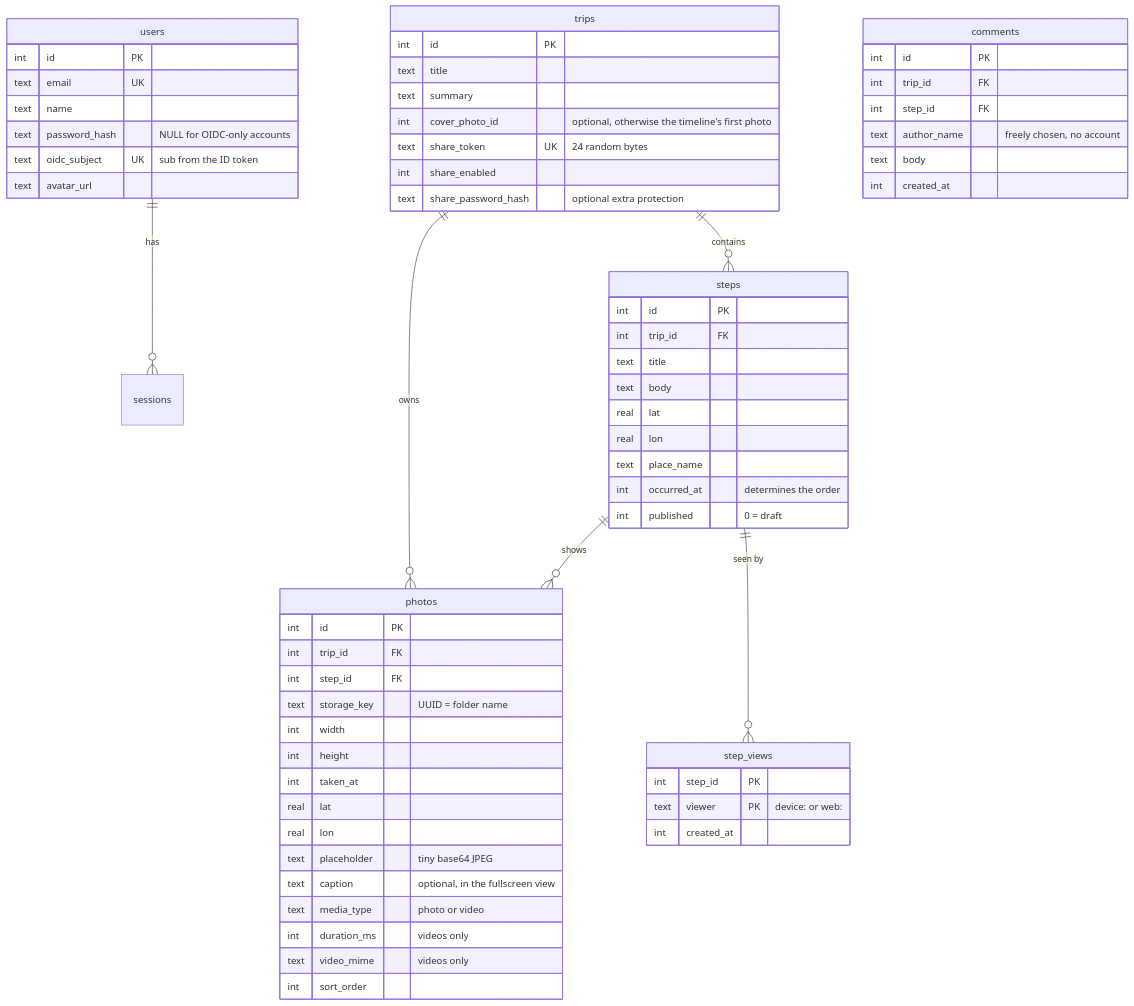
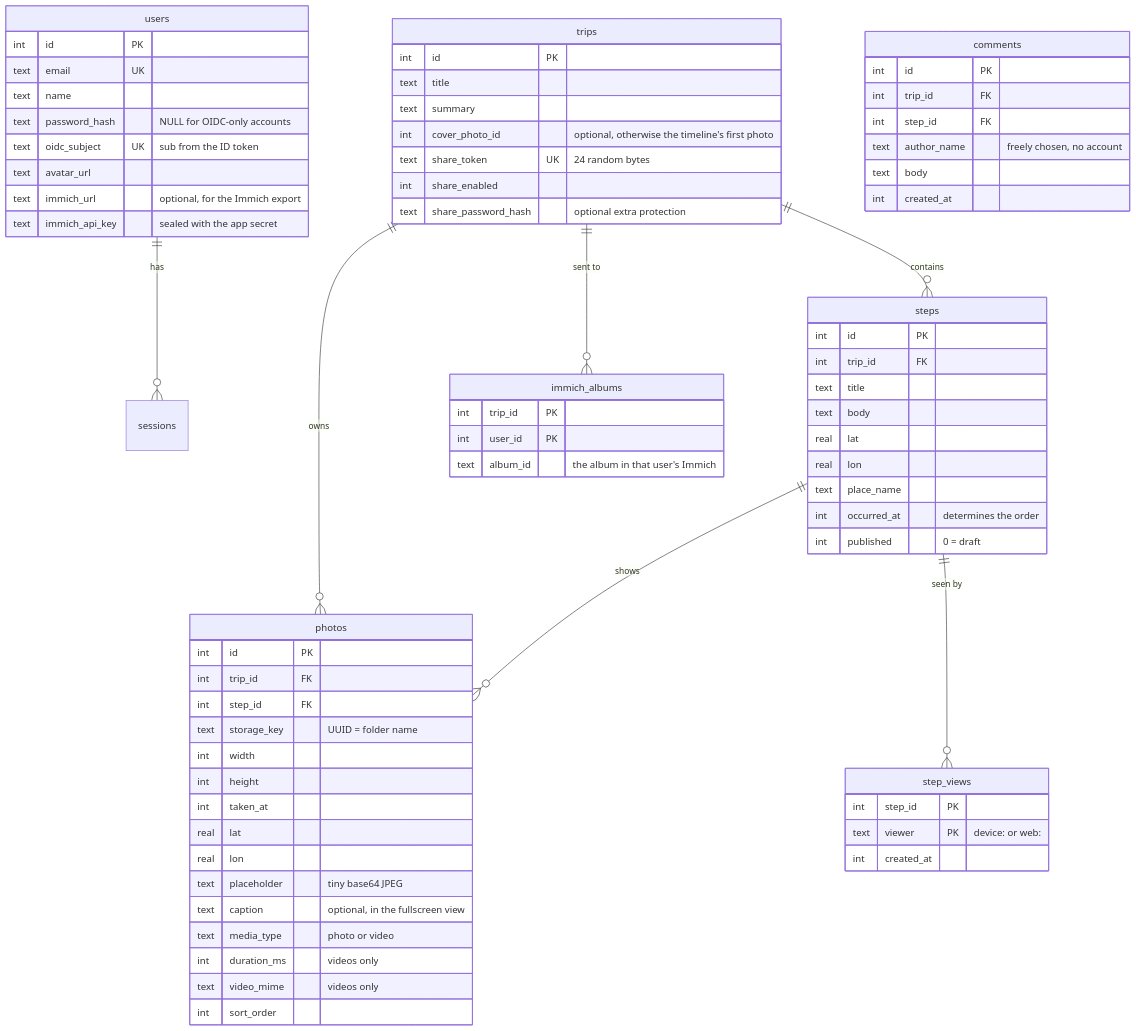
The first of 2 diagrams in docs/ARCHITECTURE.md (RainerZufall00/ownsteps), drawn with Mermaid before and after one commit. The commit also changed other lines of this file and 35 other files, not shown here.

````diff
--- a/docs/ARCHITECTURE.md
+++ b/docs/ARCHITECTURE.md
@@ -124,67 +124,75 @@
 ```mermaid
 erDiagram
     users ||--o{ sessions : has
     trips ||--o{ steps : contains
     trips ||--o{ photos : owns
     steps ||--o{ photos : shows
     steps ||--o{ step_views : "seen by"
+    trips ||--o{ immich_albums : "sent to"
 
     users {
         int id PK
         text email UK
         text name
         text password_hash "NULL for OIDC-only accounts"
         text oidc_subject UK "sub from the ID token"
         text avatar_url
+        text immich_url "optional, for the Immich export"
+        text immich_api_key "sealed with the app secret"
     }
     trips {
         int id PK
         text title
         text summary
         int cover_photo_id "optional, otherwise the timeline's first photo"
         text share_token UK "24 random bytes"
         int share_enabled
         text share_password_hash "optional extra protection"
     }
     steps {
         int id PK
         int trip_id FK
         text title
         text body
         real lat
         real lon
         text place_name
         int occurred_at "determines the order"
         int published "0 = draft"
     }
     photos {
         int id PK
         int trip_id FK
         int step_id FK
         text storage_key "UUID = folder name"
         int width
         int height
         int taken_at
         real lat
         real lon
         text placeholder "tiny base64 JPEG"
         text caption "optional, in the fullscreen view"
         text media_type "photo or video"
         int duration_ms "videos only"
         text video_mime "videos only"
         int sort_order
     }
     comments {
         int id PK
         int trip_id FK
         int step_id FK
         text author_name "freely chosen, no account"
         text body
         int created_at
     }
     step_views {
         int step_id PK
         text viewer PK "device:<id> or web:<hash>"
         int created_at
     }
+    immich_albums {
+        int trip_id PK
+        int user_id PK
+        text album_id "the album in that user's Immich"
+    }
 ```
````
